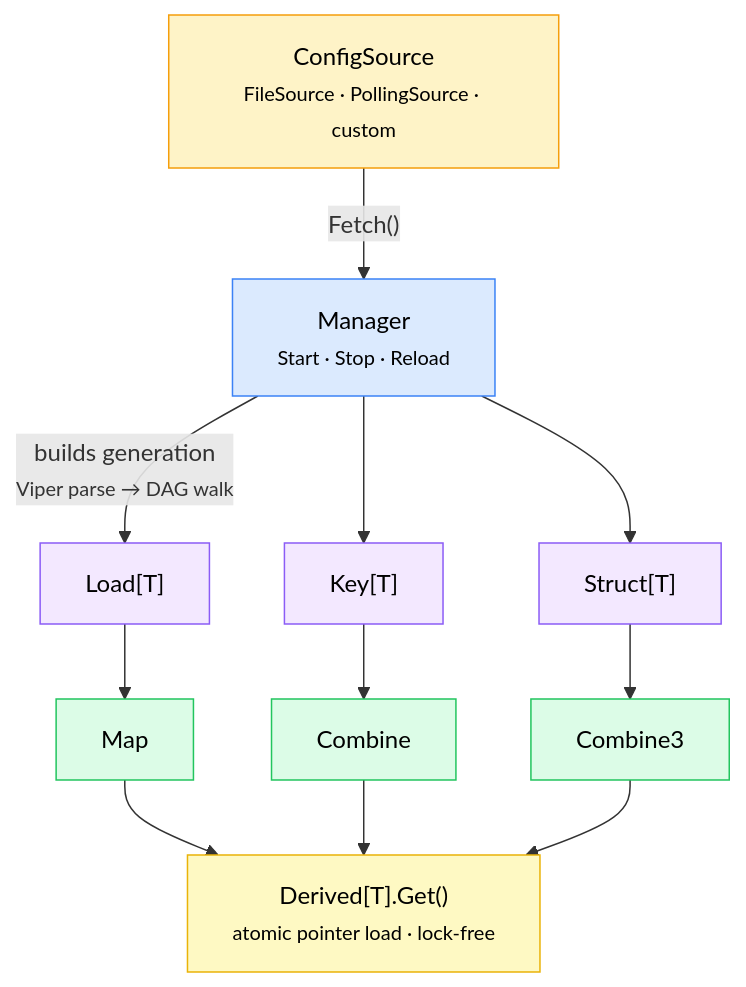
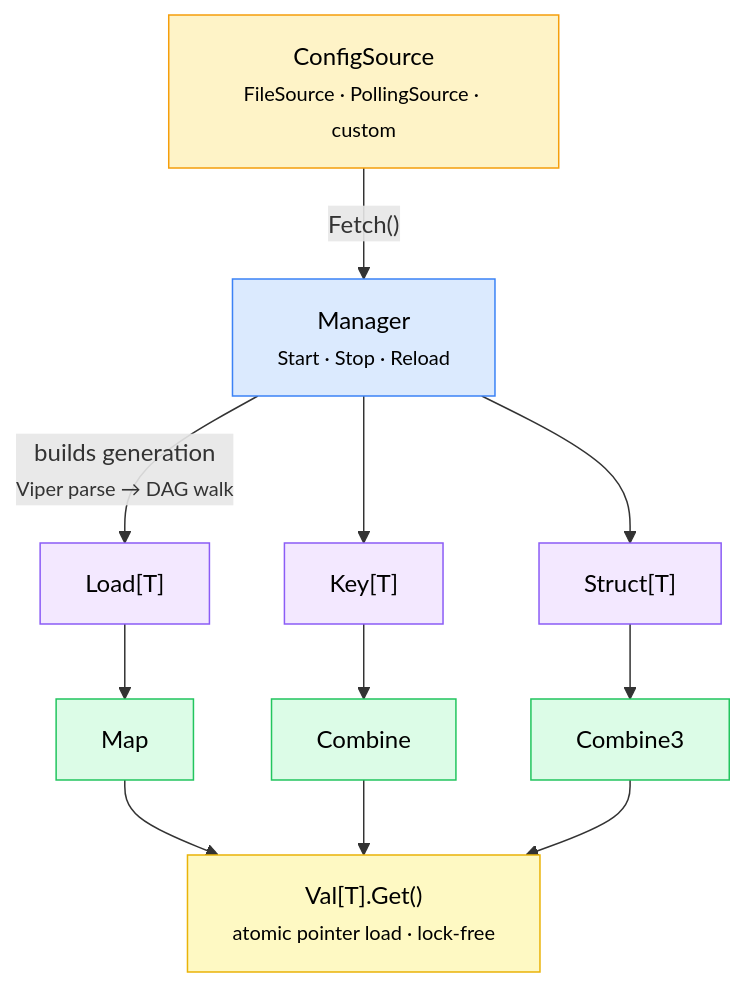
One commit to lemonberrylabs/lemonfig changed the diagram in README.md. Above: the diagram before and after it, drawn with Mermaid. The commit also changed other lines of this file and 5 other files, not shown here.

First line of the commit message:
Rename Derived[T] to Val[T] for better ergonomics

````diff
--- a/README.md
+++ b/README.md
@@ -182,27 +182,27 @@
 ```mermaid
 graph TD
     Source["ConfigSource<br/><small>FileSource · PollingSource · custom</small>"]
     Source -- "Fetch()" --> Manager
     Manager["Manager<br/><small>Start · Stop · Reload</small>"]
     Manager -- "builds generation<br/><small>Viper parse → DAG walk</small>" --> Load["Load[T]"]
     Manager -- " " --> Key["Key[T]"]
     Manager -- " " --> Struct["Struct[T]"]
 
     Load --> Map["Map"]
     Key --> Combine["Combine"]
     Struct --> Combine3["Combine3"]
 
-    Map --> Get["Derived[T].Get()<br/><small>atomic pointer load · lock-free</small>"]
+    Map --> Get["Val[T].Get()<br/><small>atomic pointer load · lock-free</small>"]
     Combine --> Get
     Combine3 --> Get
 
     style Source fill:#fef3c7,stroke:#f59e0b,color:#000
     style Manager fill:#dbeafe,stroke:#3b82f6,color:#000
     style Load fill:#f3e8ff,stroke:#8b5cf6,color:#000
     style Key fill:#f3e8ff,stroke:#8b5cf6,color:#000
     style Struct fill:#f3e8ff,stroke:#8b5cf6,color:#000
     style Map fill:#dcfce7,stroke:#22c55e,color:#000
     style Combine fill:#dcfce7,stroke:#22c55e,color:#000
     style Combine3 fill:#dcfce7,stroke:#22c55e,color:#000
     style Get fill:#fef9c3,stroke:#eab308,color:#000
 ```
````
